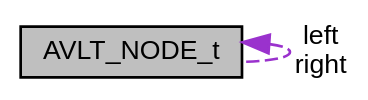
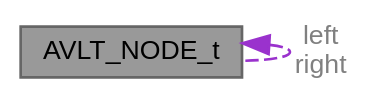
Before and after one commit to ebs-universe/piolib-ds: the diagram in struct_a_v_l_t___n_o_d_e__t__coll__graph.dot, drawn with Graphviz. The commit also changed 536 other files, not shown here.

```diff
--- a/struct_a_v_l_t___n_o_d_e__t__coll__graph.dot
+++ b/struct_a_v_l_t___n_o_d_e__t__coll__graph.dot
@@ -1,10 +1,10 @@
 digraph "AVLT_NODE_t"
 {
  // INTERACTIVE_SVG=YES
  // LATEX_PDF_SIZE
   bgcolor="transparent";
-  edge [fontname="Helvetica",fontsize="10",labelfontname="Helvetica",labelfontsize="10"];
-  node [fontname="Helvetica",fontsize="10",shape=record];
-  Node1 [label="AVLT_NODE_t",height=0.2,width=0.4,color="black", fillcolor="grey75", style="filled", fontcolor="black",tooltip=" "];
-  Node1 -> Node1 [dir="back",color="darkorchid3",fontsize="10",style="dashed",label=" left\nright" ,fontname="Helvetica"];
+  edge [fontname=Helvetica,fontsize=10,labelfontname=Helvetica,labelfontsize=10];
+  node [fontname=Helvetica,fontsize=10,shape=box,height=0.2,width=0.4];
+  Node1 [id="Node000001",label="AVLT_NODE_t",height=0.2,width=0.4,color="gray40", fillcolor="grey60", style="filled", fontcolor="black",tooltip=" "];
+  Node1 -> Node1 [id="edge1_Node000001_Node000001",dir="back",color="darkorchid3",style="dashed",tooltip=" ",label=" left\nright",fontcolor="grey" ];
 }
```
